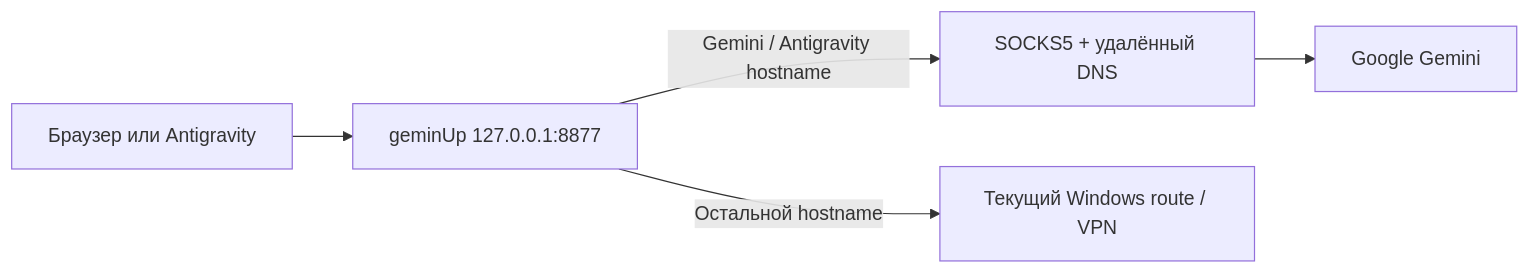
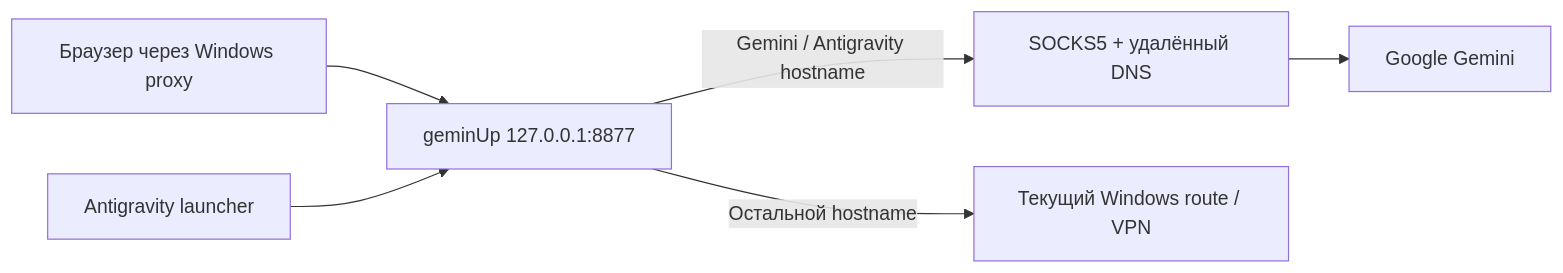
One commit to rasfsaf/geminUp changed the diagram in README.md. Above: the diagram before and after it, drawn with Mermaid. The commit also changed other lines of this file and 30 other files, not shown here.

````diff
--- a/README.md
+++ b/README.md
@@ -67,7 +83,8 @@
 ```mermaid
 flowchart LR
-    A["Браузер или Antigravity"] --> B["geminUp 127.0.0.1:8877"]
+    A["Браузер через Windows proxy"] --> B["geminUp 127.0.0.1:8877"]
+    AG["Antigravity launcher"] --> B
     B -->|"Gemini / Antigravity hostname"| C["SOCKS5 + удалённый DNS"]
     B -->|"Остальной hostname"| D["Текущий Windows route / VPN"]
     C --> E["Google Gemini"]
 ```
````
